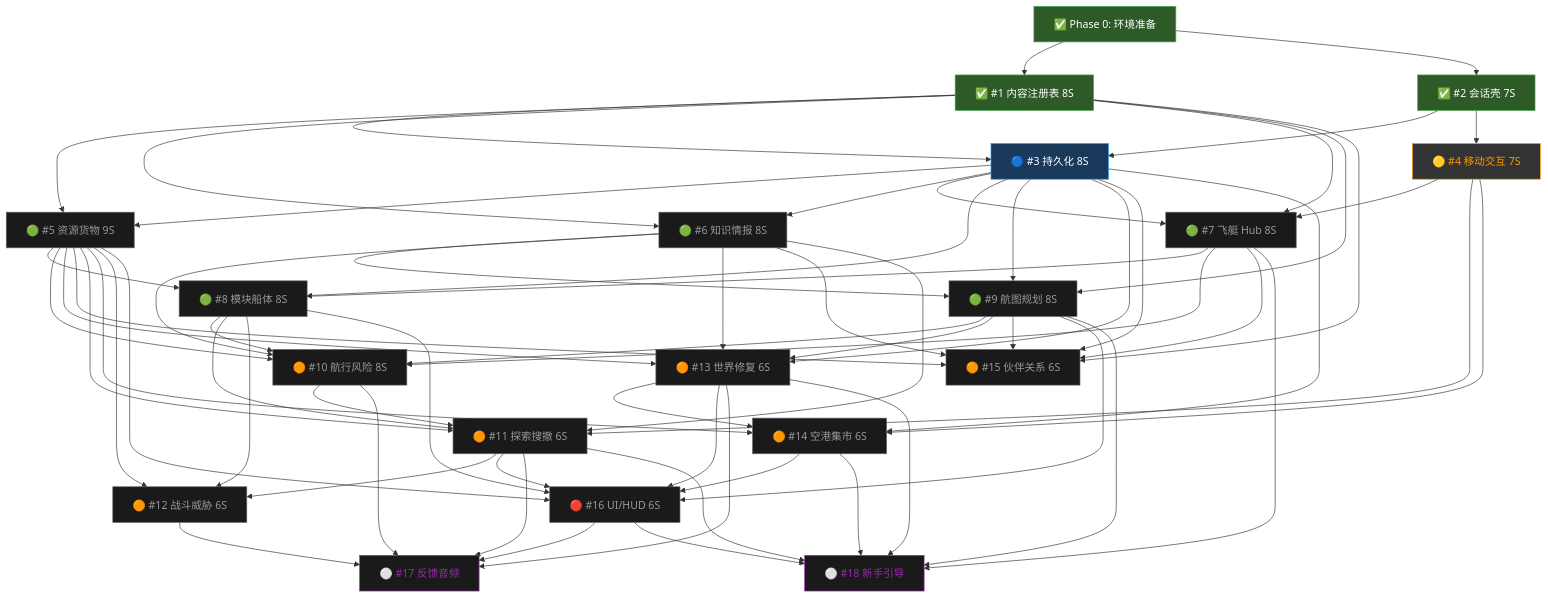
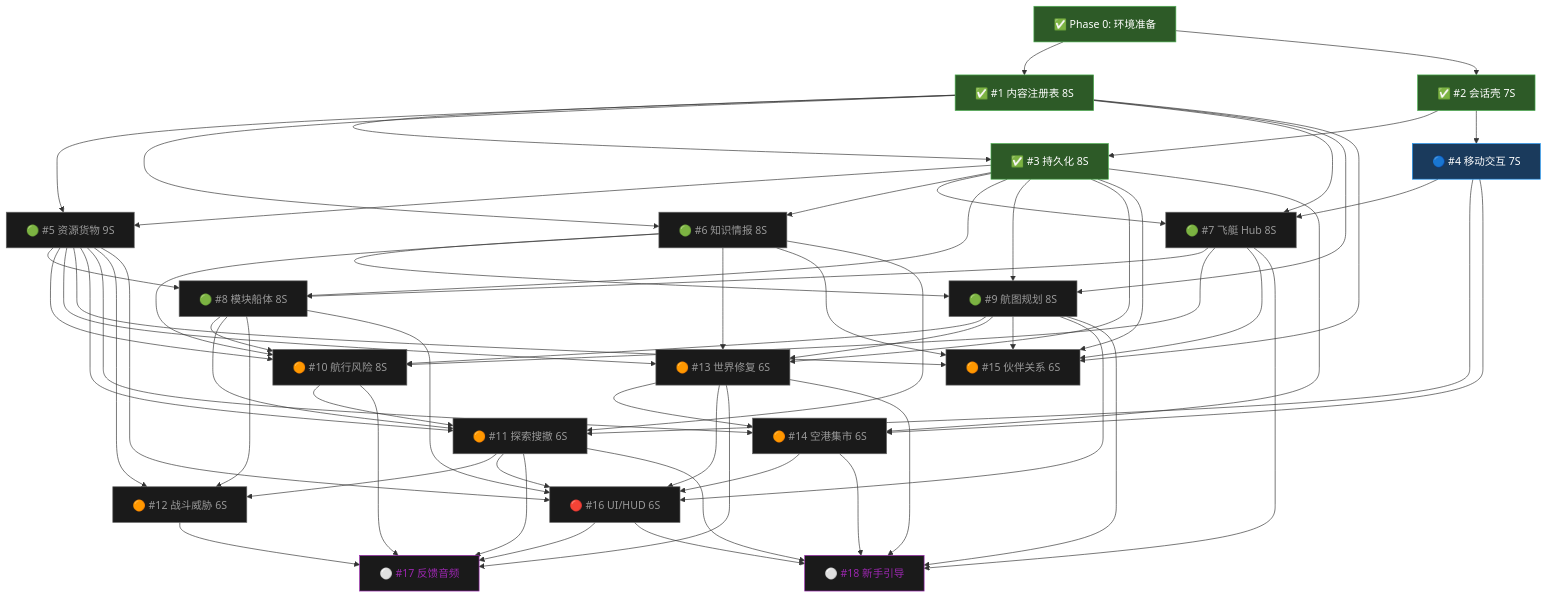
The second of 3 diagrams in docs/reference/production-flowchart.md (lieinsay/Claude-Code-Game-Studios), drawn with Mermaid before and after one commit. The commit also changed other lines of this file and 2 other files, not shown here.

```diff
--- a/docs/reference/production-flowchart.md
+++ b/docs/reference/production-flowchart.md
@@ -70,8 +70,8 @@
     S1["✅ #1 内容注册表 8S"]:::done
     S2["✅ #2 会话壳 7S"]:::done
 
-    S3["🔵 #3 持久化 8S"]:::active
-    S4["🟡 #4 移动交互 7S"]:::next
+    S3["✅ #3 持久化 8S"]:::done
+    S4["🔵 #4 移动交互 7S"]:::active
 
     S5["🟢 #5 资源货物 9S"]:::future
     S6["🟢 #6 知识情报 8S"]:::future
```
